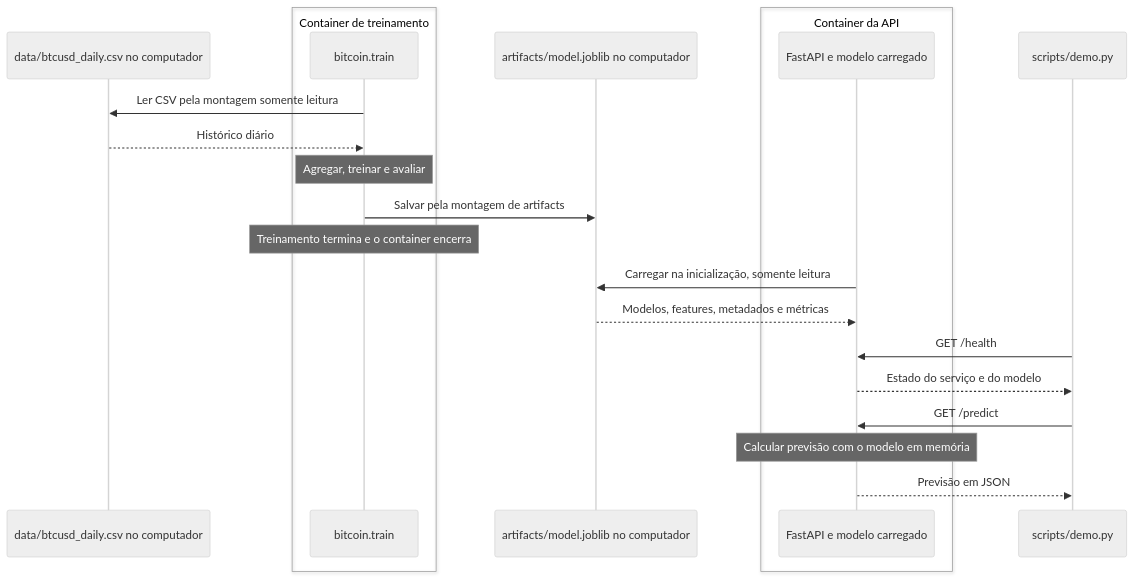
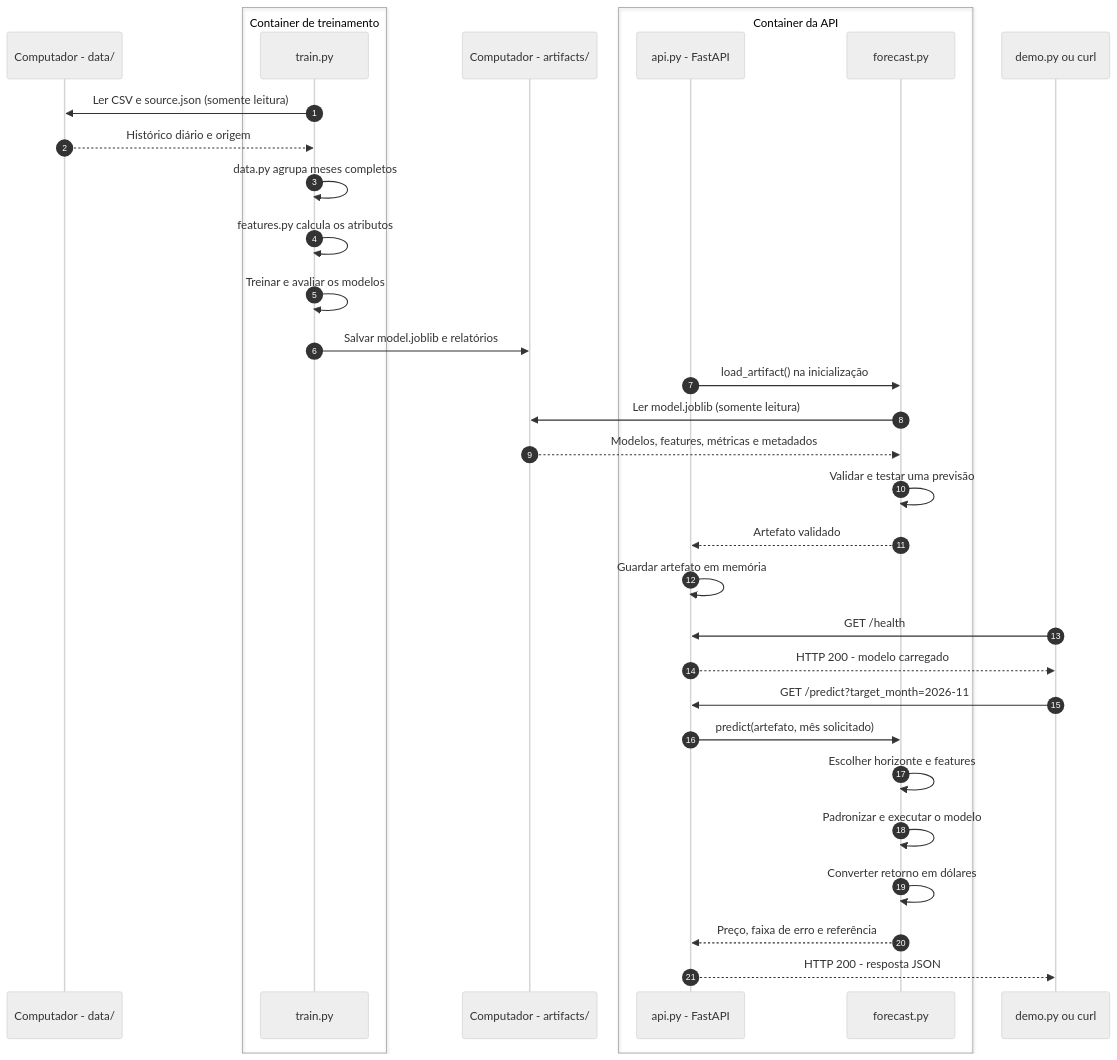
One commit to loreggarcia/Docker-ponderada changed the first of 2 diagrams in README.md. Above: the diagram before and after it, drawn with Mermaid (neutral theme). The commit also changed other lines of this file and 2 other files, not shown here.

Commit message:
docs: revisa documentação e adiciona diagramas

````diff
--- a/README.md
+++ b/README.md
@@ -275,24 +290,39 @@
 ```mermaid
 sequenceDiagram
-    participant Dados as data/btcusd_daily.csv no computador
+    autonumber
+
+    participant dados as Computador - data/
     box Container de treinamento
-        participant Treino as bitcoin.train
+        participant treino as train.py
     end
-    participant Modelo as artifacts/model.joblib no computador
+    participant arquivos as Computador - artifacts/
     box Container da API
-        participant API as FastAPI e modelo carregado
+        participant api as api.py - FastAPI
+        participant previsao as forecast.py
     end
-    participant Cliente as scripts/demo.py
-    Treino->>Dados: Ler CSV pela montagem somente leitura
-    Dados-->>Treino: Histórico diário
-    Note over Treino: Agregar, treinar e avaliar
-    Treino->>Modelo: Salvar pela montagem de artifacts
-    Note over Treino: Treinamento termina e o container encerra
-    API->>Modelo: Carregar na inicialização, somente leitura
-    Modelo-->>API: Modelos, features, metadados e métricas
-    Cliente->>API: GET /health
-    API-->>Cliente: Estado do serviço e do modelo
-    Cliente->>API: GET /predict
-    Note over API: Calcular previsão com o modelo em memória
-    API-->>Cliente: Previsão em JSON
+    participant cliente as demo.py ou curl
+
+    treino->>dados: Ler CSV e source.json (somente leitura)
+    dados-->>treino: Histórico diário e origem
+    treino->>treino: data.py agrupa meses completos
+    treino->>treino: features.py calcula os atributos
+    treino->>treino: Treinar e avaliar os modelos
+    treino->>arquivos: Salvar model.joblib e relatórios
+
+    api->>previsao: load_artifact() na inicialização
+    previsao->>arquivos: Ler model.joblib (somente leitura)
+    arquivos-->>previsao: Modelos, features, métricas e metadados
+    previsao->>previsao: Validar e testar uma previsão
+    previsao-->>api: Artefato validado
+    api->>api: Guardar artefato em memória
+
+    cliente->>api: GET /health
+    api-->>cliente: HTTP 200 - modelo carregado
+    cliente->>api: GET /predict?target_month=2026-11
+    api->>previsao: predict(artefato, mês solicitado)
+    previsao->>previsao: Escolher horizonte e features
+    previsao->>previsao: Padronizar e executar o modelo
+    previsao->>previsao: Converter retorno em dólares
+    previsao-->>api: Preço, faixa de erro e referência
+    api-->>cliente: HTTP 200 - resposta JSON
 ```
````
